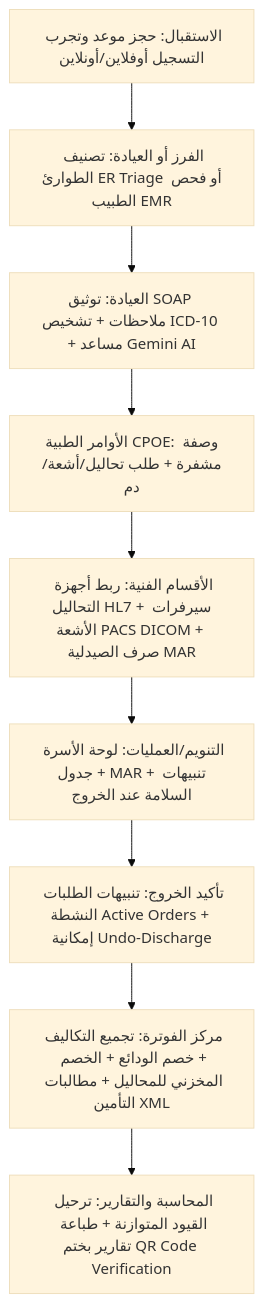
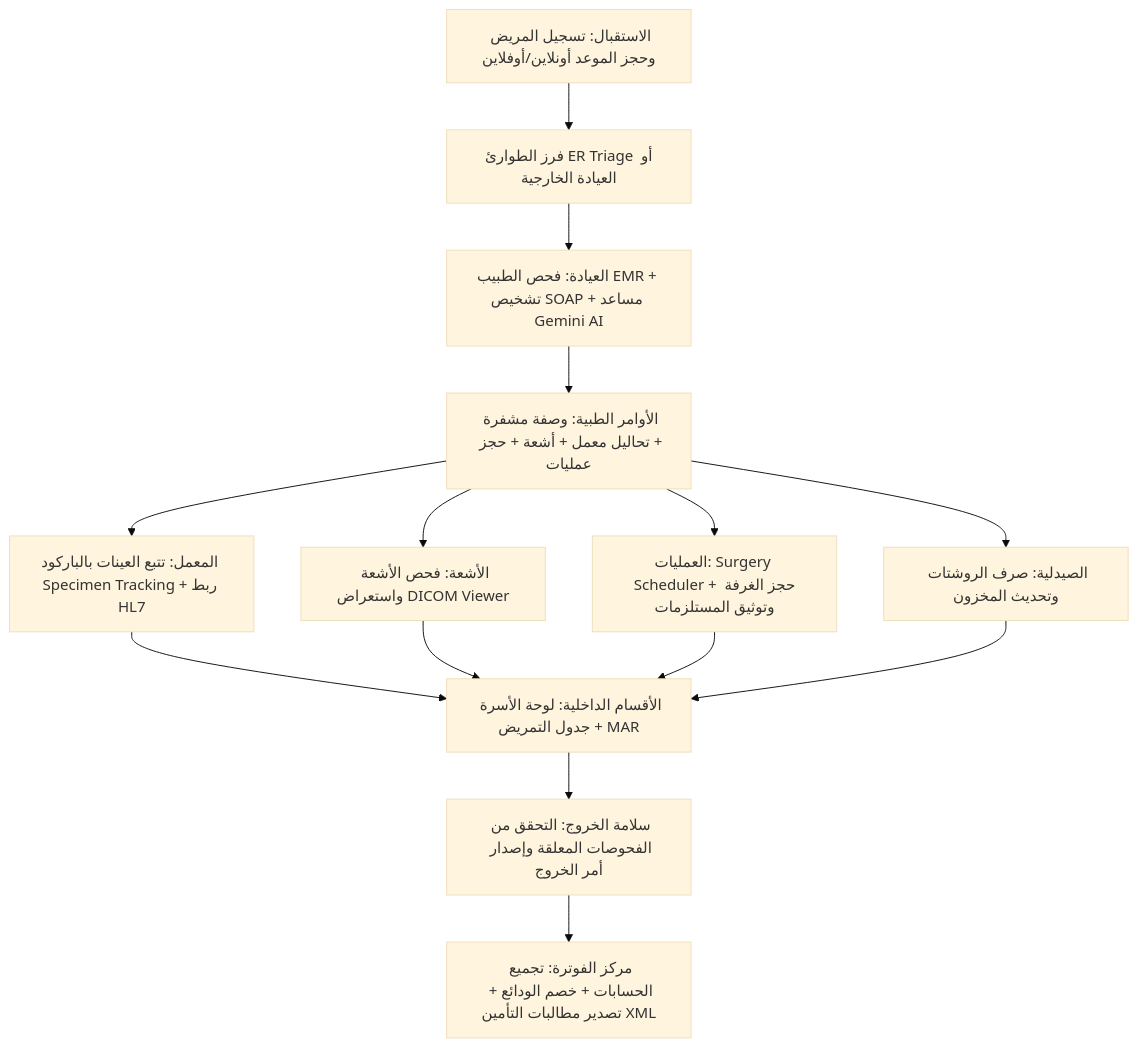
One commit to mahmodelrakhawey-svg/TriPro-ERP changed the diagram in hims_guide.md. Above: the diagram before and after it, drawn with Mermaid (base theme). The commit also changed other lines of this file and 24 other files, not shown here.

````diff
--- a/hims_guide.md
+++ b/hims_guide.md
@@ -107,11 +122,13 @@
 ```mermaid
 graph TD
-    A[الاستقبال: حجز موعد وتجرب التسجيل أوفلاين/أونلاين] --> B[الفرز أو العيادة: تصنيف الطوارئ ER Triage أو فحص الطبيب EMR]
-    B --> C[العيادة: توثيق SOAP ملاحظات + تشخيص ICD-10 + مساعد Gemini AI]
-    C --> D[الأوامر الطبية CPOE: وصفة مشفرة + طلب تحاليل/أشعة/دم]
-    D --> E[الأقسام الفنية: ربط أجهزة التحاليل HL7 + سيرفرات الأشعة PACS DICOM + صرف الصيدلية MAR]
-    E --> F[التنويم/العمليات: لوحة الأسرة + جدول MAR + تنبيهات السلامة عند الخروج]
-    F --> G[تأكيد الخروج: تنبيهات الطلبات النشطة Active Orders + إمكانية Undo-Discharge]
-    G --> H[مركز الفوترة: تجميع التكاليف + خصم الودائع + الخصم المخزني للمحاليل + مطالبات التأمين XML]
-    H --> I[المحاسبة والتقارير: ترحيل القيود المتوازنة + طباعة تقارير بختم QR Code Verification]
+    A[الاستقبال: تسجيل المريض وحجز الموعد أونلاين/أوفلاين] --> B[فرز الطوارئ ER Triage أو العيادة الخارجية]
+    B --> C[العيادة: فحص الطبيب EMR + تشخيص SOAP + مساعد Gemini AI]
+    C --> D[الأوامر الطبية: وصفة مشفرة + تحاليل معمل + أشعة + حجز عمليات]
+    D --> E[المعمل: تتبع العينات بالباركود Specimen Tracking + ربط HL7]
+    D --> F[الأشعة: فحص الأشعة واستعراض DICOM Viewer]
+    D --> G[العمليات: Surgery Scheduler + حجز الغرفة وتوثيق المستلزمات]
+    D --> H[الصيدلية: صرف الروشتات وتحديث المخزون]
+    E & F & G & H --> I[الأقسام الداخلية: لوحة الأسرة + جدول التمريض MAR]
+    I --> J[سلامة الخروج: التحقق من الفحوصات المعلقة وإصدار أمر الخروج]
+    J --> K[مركز الفوترة: تجميع الحسابات + خصم الودائع + تصدير مطالبات التأمين XML]
 ```
````
